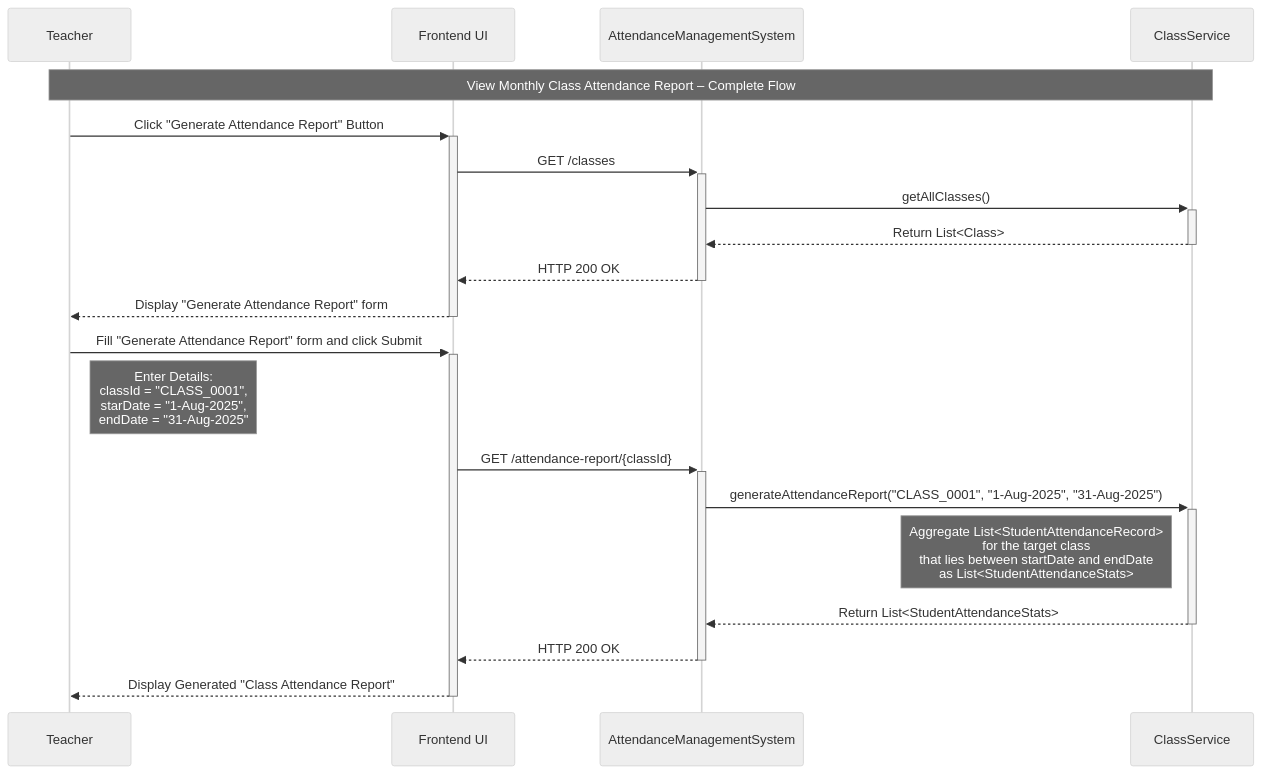
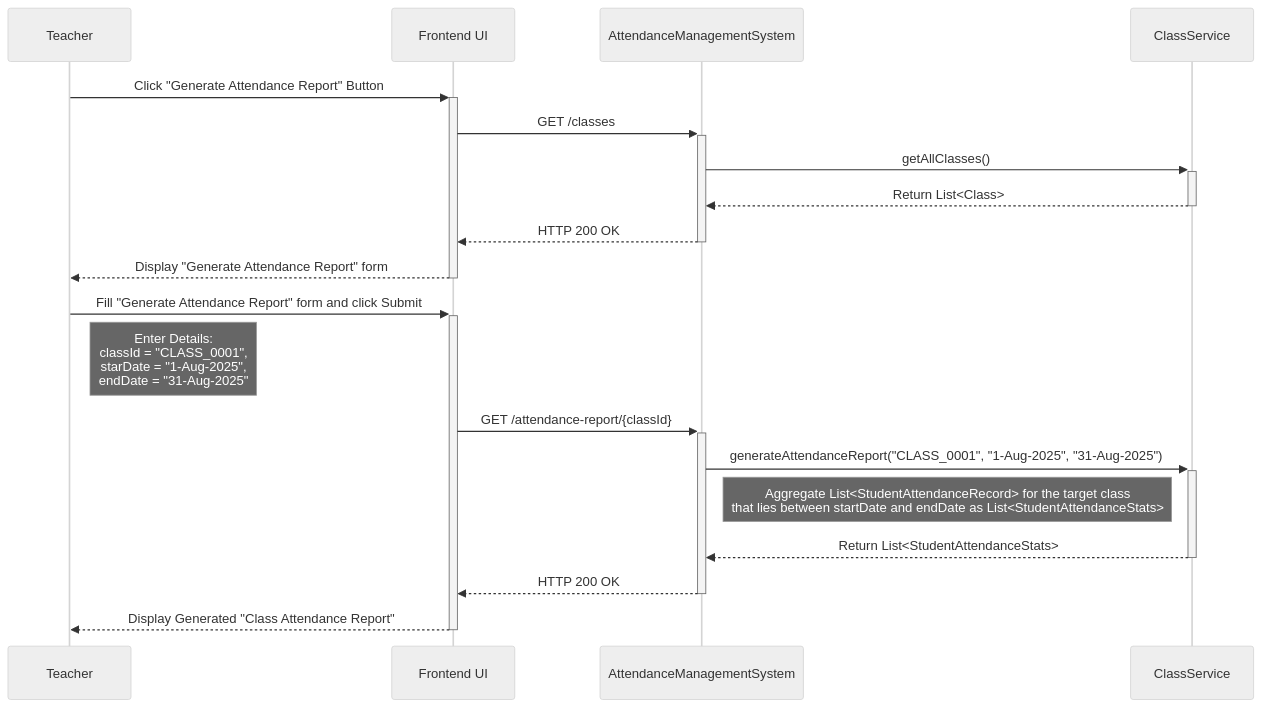
One commit to NishchayAnand/software-engineering changed the fourth of 4 diagrams in Backend Engineering/Case Studies/Case Study 1. Attendance Management System/Documentation/2. Sequence Flow.md. Above: the diagram before and after it, drawn with Mermaid (neutral theme). The commit also changed other lines of this file, not shown here.

Commit message:
done understanding the sequence flow of attendance management system

````diff
--- a/Backend Engineering/Case Studies/Case Study 1. Attendance Management System/Documentation/2. Sequence Flow.md
+++ b/Backend Engineering/Case Studies/Case Study 1. Attendance Management System/Documentation/2. Sequence Flow.md
@@ -200,27 +200,25 @@
 ```mermaid
 sequenceDiagram
     participant T as Teacher
     participant UI as Frontend UI
     participant AMS as AttendanceManagementSystem
     participant CS as ClassService
-
-    Note over T,CS: View Monthly Class Attendance Report – Complete Flow
 
 	%%Interaction 1: Click the "Generate Attendance Report" button
     T->>+UI: Click "Generate Attendance Report" Button
     UI->>+AMS: GET /classes
     AMS->>+CS: getAllClasses()
 	CS-->>-AMS: Return List<Class>
 	AMS-->>-UI: HTTP 200 OK
 	UI-->>-T: Display "Generate Attendance Report" form
 
 	%%Interaction 2: Submit "Generate Attendance Report" Form
     T->>+UI: Fill "Generate Attendance Report" form and click Submit
     Note right of T: Enter Details: <br/> classId = "CLASS_0001", <br/> starDate = "1-Aug-2025", <br/> endDate = "31-Aug-2025"
     UI->>+AMS: GET /attendance-report/{classId}
     AMS->>+CS: generateAttendanceReport("CLASS_0001", "1-Aug-2025", "31-Aug-2025")
-    Note left of CS: Aggregate List<StudentAttendanceRecord> <br/> for the target class <br/> that lies between startDate and endDate <br/> as List<StudentAttendanceStats>
+    Note left of CS: Aggregate List<StudentAttendanceRecord> for the target class <br/> that lies between startDate and endDate as List<StudentAttendanceStats>
 	CS-->>-AMS: Return List<StudentAttendanceStats>
 	AMS-->>-UI: HTTP 200 OK
 	UI-->>-T: Display Generated "Class Attendance Report"
 ```
````
